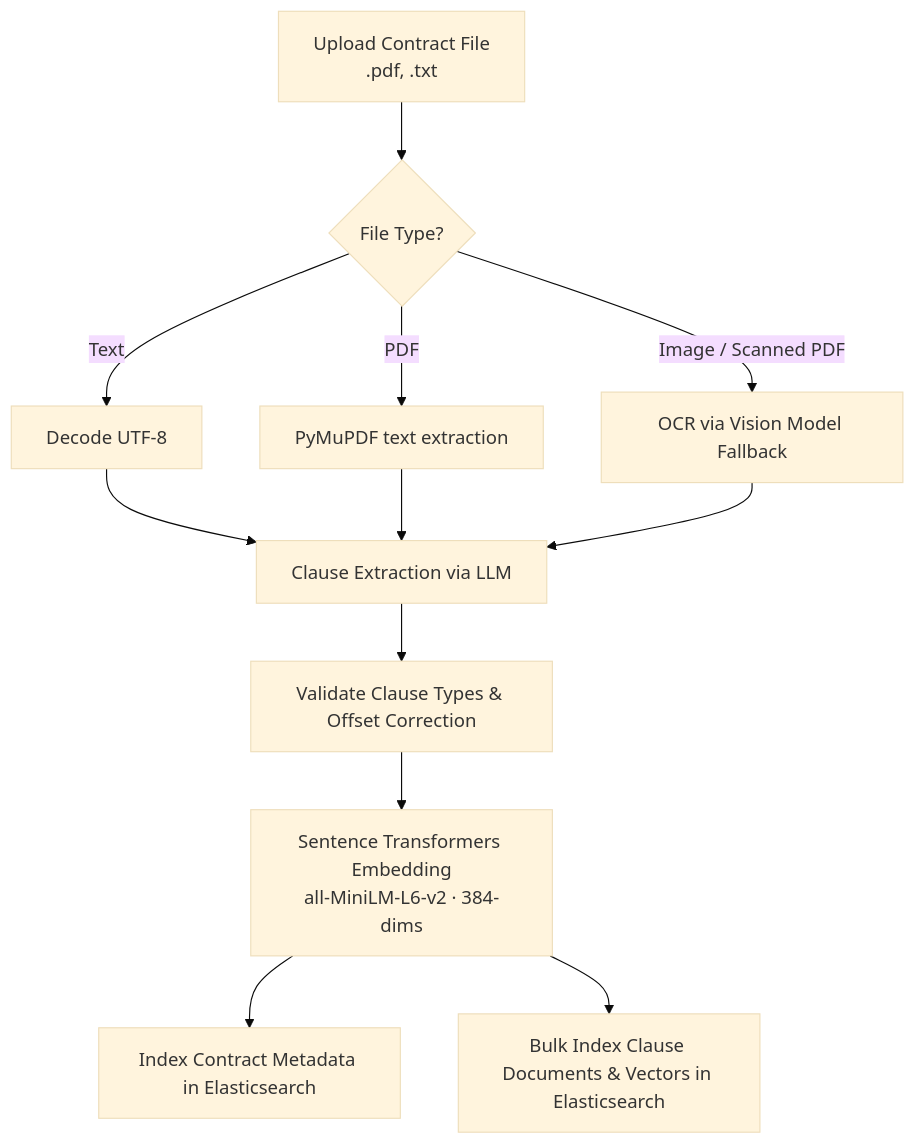
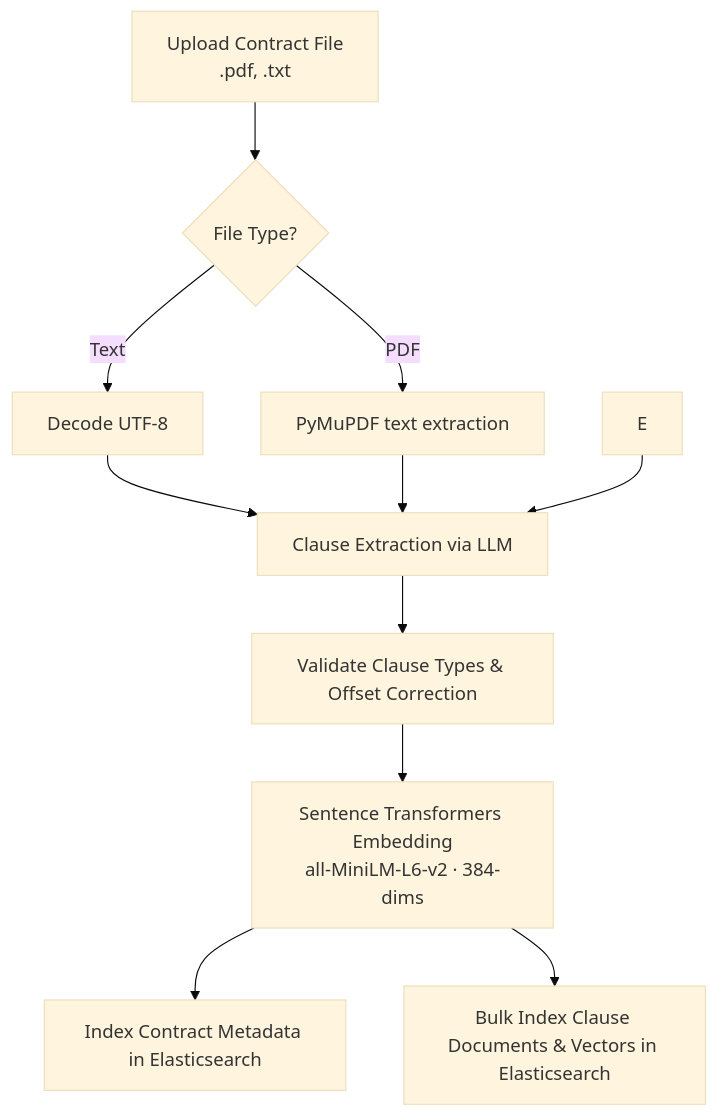
Before and after one commit to Liorohan10/ClauseGuard-main: the second of 4 diagrams in README.md, drawn with Mermaid (base theme).

````diff
--- a/README.md
+++ b/README.md
@@ -71,14 +71,13 @@
 ```mermaid
 flowchart TD
     A[Upload Contract File<br/>.pdf, .txt] --> B{File Type?}
     B -- "Text" --> C[Decode UTF-8]
     B -- "PDF" --> D[PyMuPDF text extraction]
-    B -- "Image / Scanned PDF" --> E[OCR via Vision Model Fallback]
     C --> F[Clause Extraction via LLM]
     D --> F
     E --> F
     F --> G[Validate Clause Types & Offset Correction]
     G --> H[Sentence Transformers Embedding<br/>all-MiniLM-L6-v2 · 384-dims]
     H --> I[Index Contract Metadata in Elasticsearch]
     H --> J[Bulk Index Clause Documents & Vectors in Elasticsearch]
 ```
````
